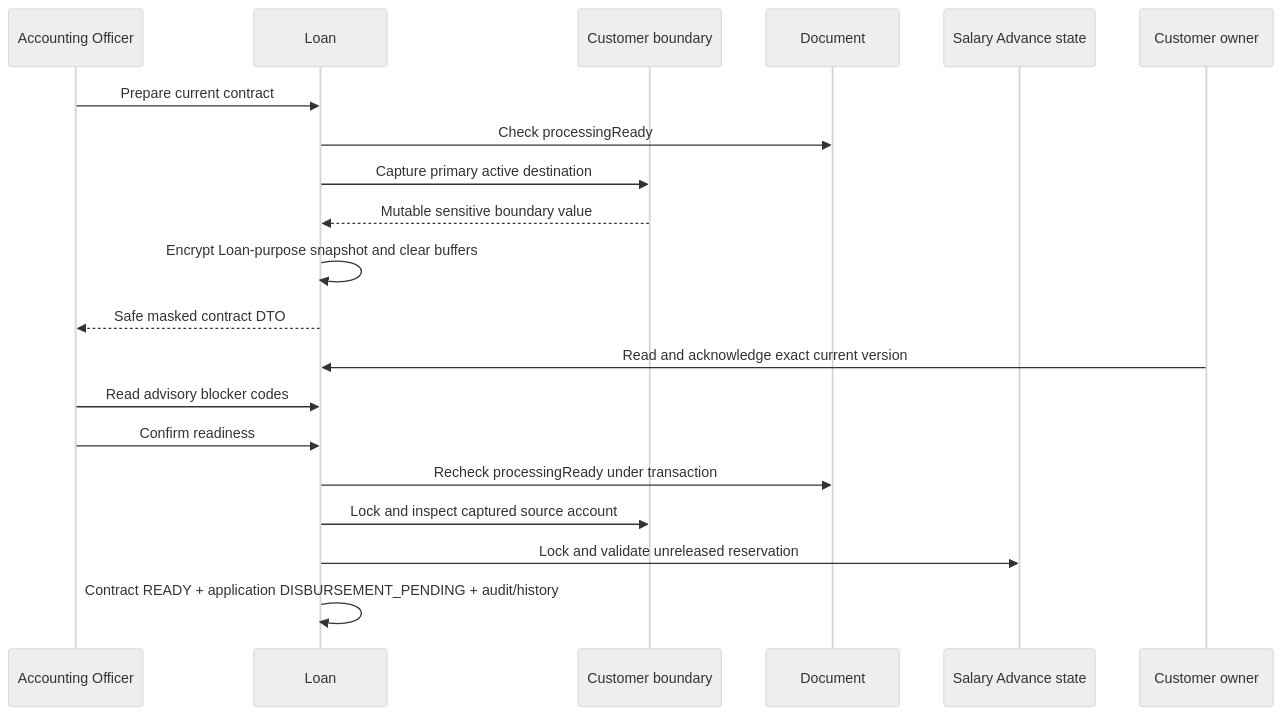
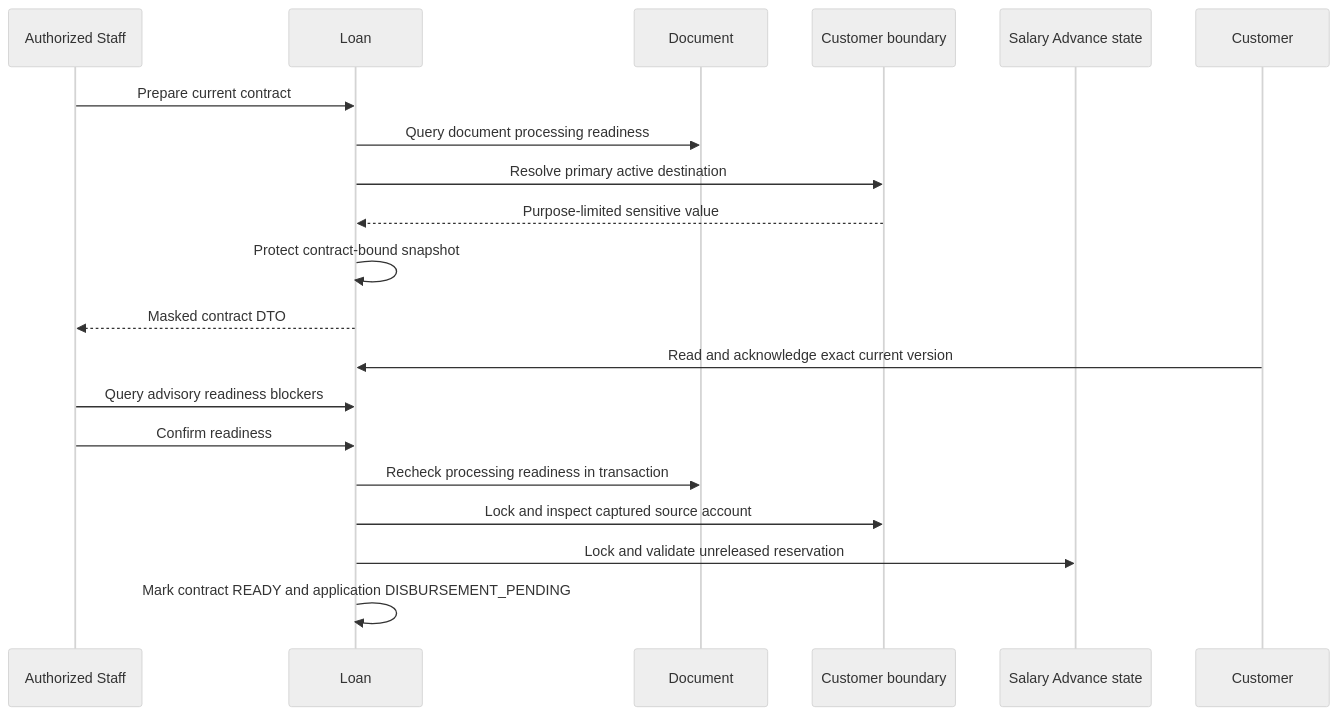
Before and after one commit to dongduy-dev/meridian-finance: the seventh of 9 diagrams in docs/architecture/MER-ARCH-006-api-request-flow-and-dependencies.md, drawn with Mermaid (neutral theme). The commit also changed other lines of this file and 7 other files, not shown here.

````diff
--- a/docs/architecture/MER-ARCH-006-api-request-flow-and-dependencies.md
+++ b/docs/architecture/MER-ARCH-006-api-request-flow-and-dependencies.md
@@ -434,23 +295,23 @@
 ```mermaid
 sequenceDiagram
-    participant A as Accounting Officer
+    participant A as Authorized Staff
     participant L as Loan
+    participant D as Document
     participant C as Customer boundary
-    participant D as Document
     participant S as Salary Advance state
-    participant U as Customer owner
+    participant U as Customer
 
     A->>L: Prepare current contract
-    L->>D: Check processingReady
-    L->>C: Capture primary active destination
-    C-->>L: Mutable sensitive boundary value
-    L->>L: Encrypt Loan-purpose snapshot and clear buffers
-    L-->>A: Safe masked contract DTO
+    L->>D: Query document processing readiness
+    L->>C: Resolve primary active destination
+    C-->>L: Purpose-limited sensitive value
+    L->>L: Protect contract-bound snapshot
+    L-->>A: Masked contract DTO
     U->>L: Read and acknowledge exact current version
-    A->>L: Read advisory blocker codes
+    A->>L: Query advisory readiness blockers
     A->>L: Confirm readiness
-    L->>D: Recheck processingReady under transaction
+    L->>D: Recheck processing readiness in transaction
     L->>C: Lock and inspect captured source account
     L->>S: Lock and validate unreleased reservation
-    L->>L: Contract READY + application DISBURSEMENT_PENDING + audit/history
+    L->>L: Mark contract READY and application DISBURSEMENT_PENDING
 ```
````
